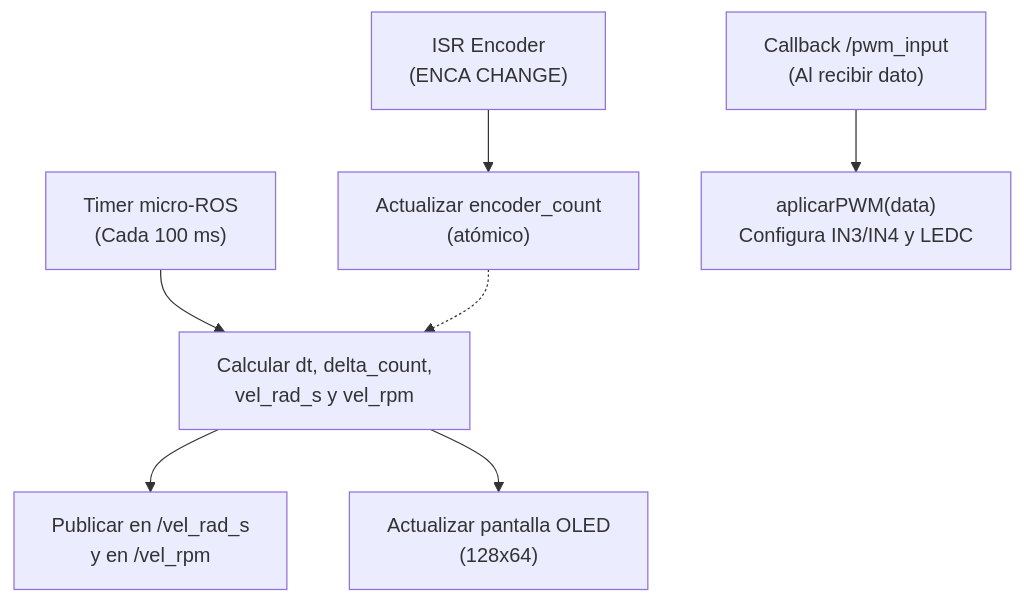
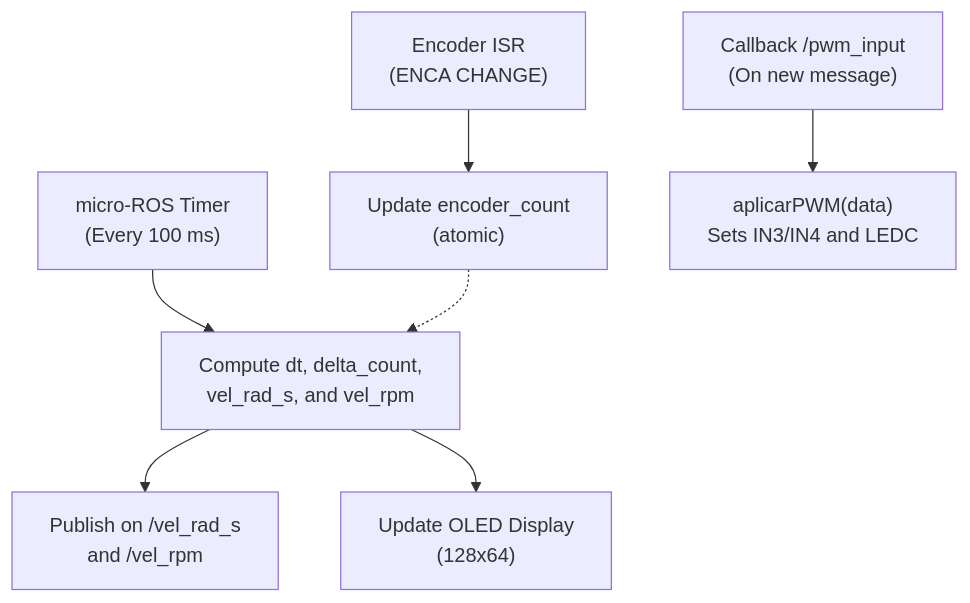
One commit to d3im3r/ros2-for-control-dc-motor-system changed the third of 3 diagrams in docs/guides/Inteligente_guia1.md. Above: the diagram before and after it, drawn with Mermaid. The commit also changed other lines of this file and 10 other files, not shown here.

````diff
--- a/docs/guides/Inteligente_guia1.md
+++ b/docs/guides/Inteligente_guia1.md
@@ -338,9 +337,9 @@
 ```mermaid
 flowchart TD
-    ISR["ISR Encoder<br>(ENCA CHANGE)"] --> COUNT["Actualizar encoder_count<br>(atómico)"]
-    TIMER["Timer micro-ROS<br>(Cada 100 ms)"] --> CALC["Calcular dt, delta_count,<br>vel_rad_s y vel_rpm"]
+    ISR["Encoder ISR<br>(ENCA CHANGE)"] --> COUNT["Update encoder_count<br>(atomic)"]
+    TIMER["micro-ROS Timer<br>(Every 100 ms)"] --> CALC["Compute dt, delta_count,<br>vel_rad_s, and vel_rpm"]
     COUNT -.-> CALC
-    CALC --> PUB["Publicar en /vel_rad_s<br>y en /vel_rpm"]
-    CALC --> OLED["Actualizar pantalla OLED<br>(128x64)"]
-    SUB["Callback /pwm_input<br>(Al recibir dato)"] --> PWM["aplicarPWM(data)<br>Configura IN3/IN4 y LEDC"]
+    CALC --> PUB["Publish on /vel_rad_s<br>and /vel_rpm"]
+    CALC --> OLED["Update OLED Display<br>(128x64)"]
+    SUB["Callback /pwm_input<br>(On new message)"] --> PWM["aplicarPWM(data)<br>Sets IN3/IN4 and LEDC"]
 ```
````
